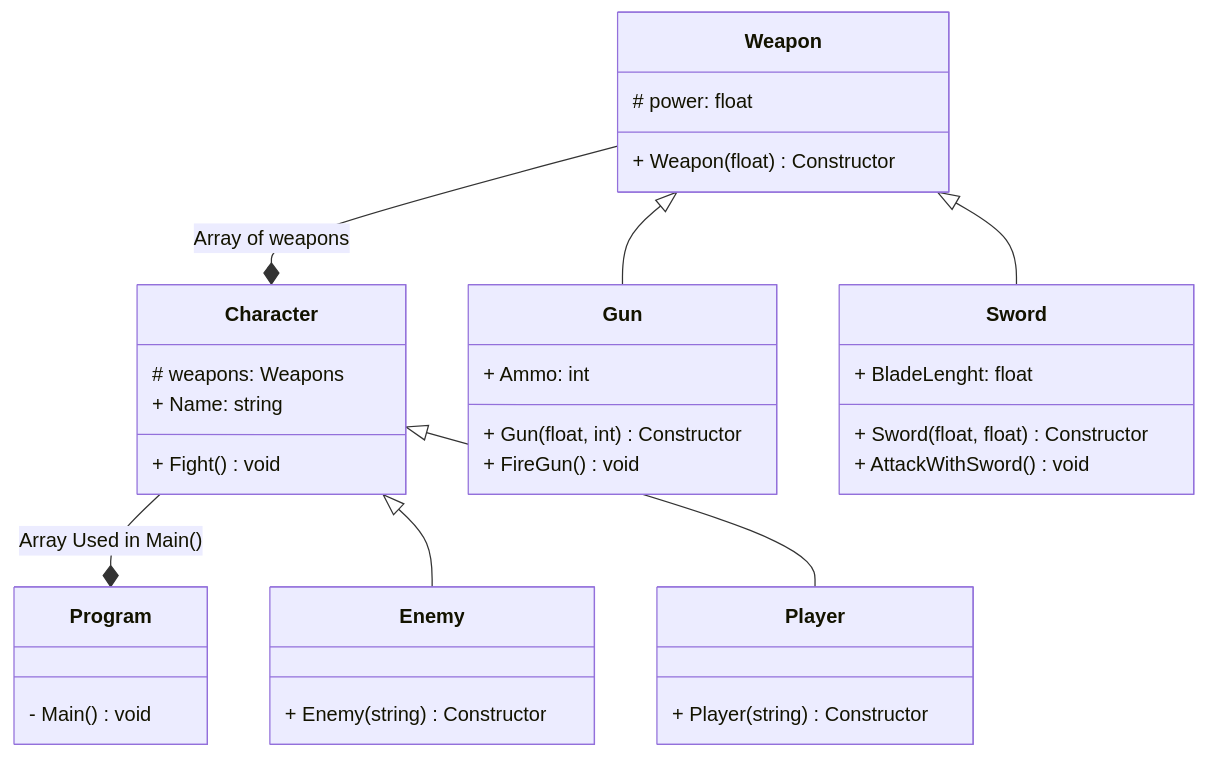
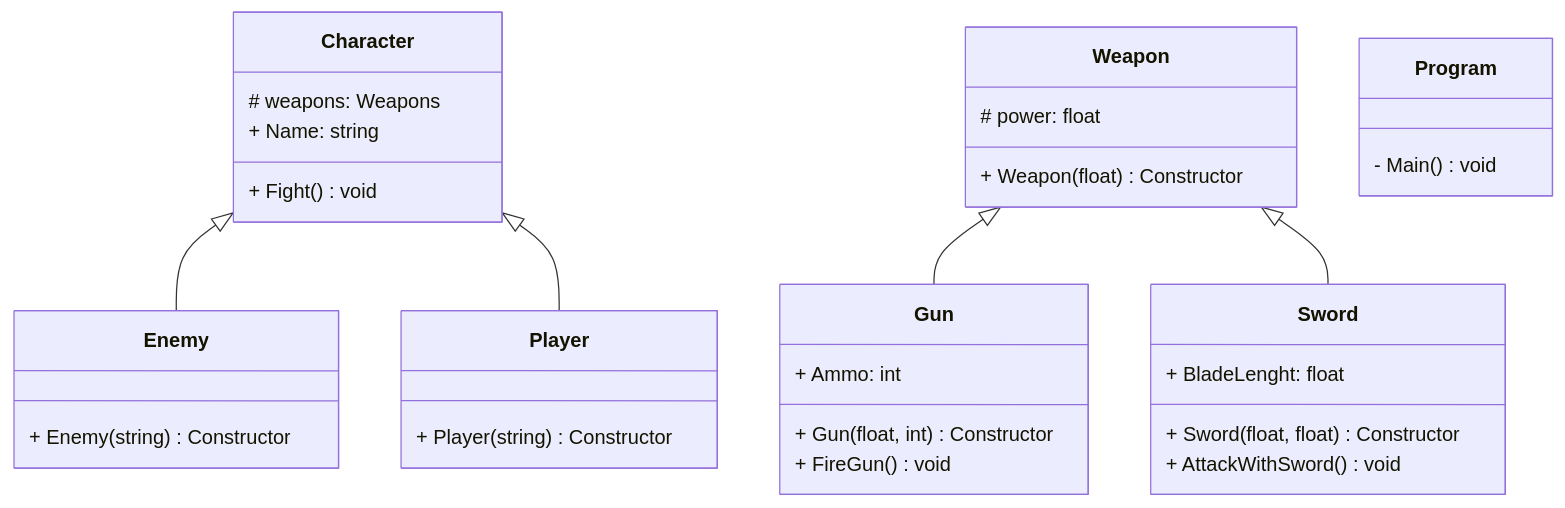
The diagram in README.md (AndreSebastiao/LP1Semana07), drawn with Mermaid before and after one commit.

````diff
--- a/README.md
+++ b/README.md
@@ -3,47 +3,44 @@
 ```mermaid
 
 classDiagram
 
-    Character --* Program: Array Used in Main()
-    Weapon --* Character: Array of weapons
-    
     Character <|-- Enemy
     Character <|-- Player
     Weapon <|-- Gun
     Weapon <|-- Sword
 
     class Program{
        - Main() void
     }
 
     class Character{
         # weapons: Weapons
         + Name: string
         + Fight() void
     }
 
     class Player{
         + Player(string) Constructor
     }
 
     class Enemy{
         + Enemy(string) Constructor
     }
 
     class Weapon{
         # power: float
         + Weapon(float) Constructor
     }
 
     class Sword{
         + BladeLenght: float
         + Sword(float, float) Constructor
         + AttackWithSword() void
     }
 
     class Gun{
         + Ammo: int
         + Gun(float, int) Constructor
         + FireGun() void
     }
 ```
````
